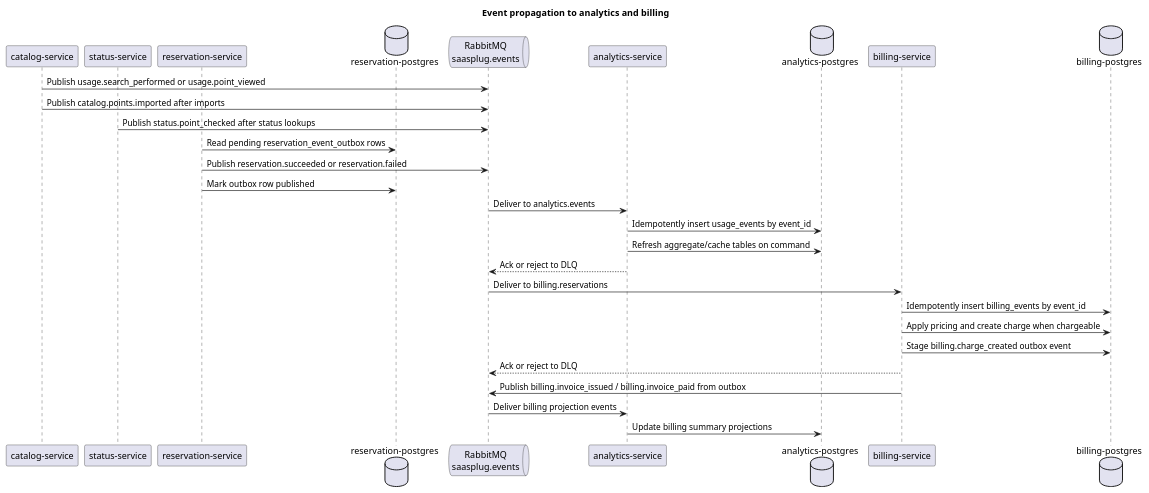
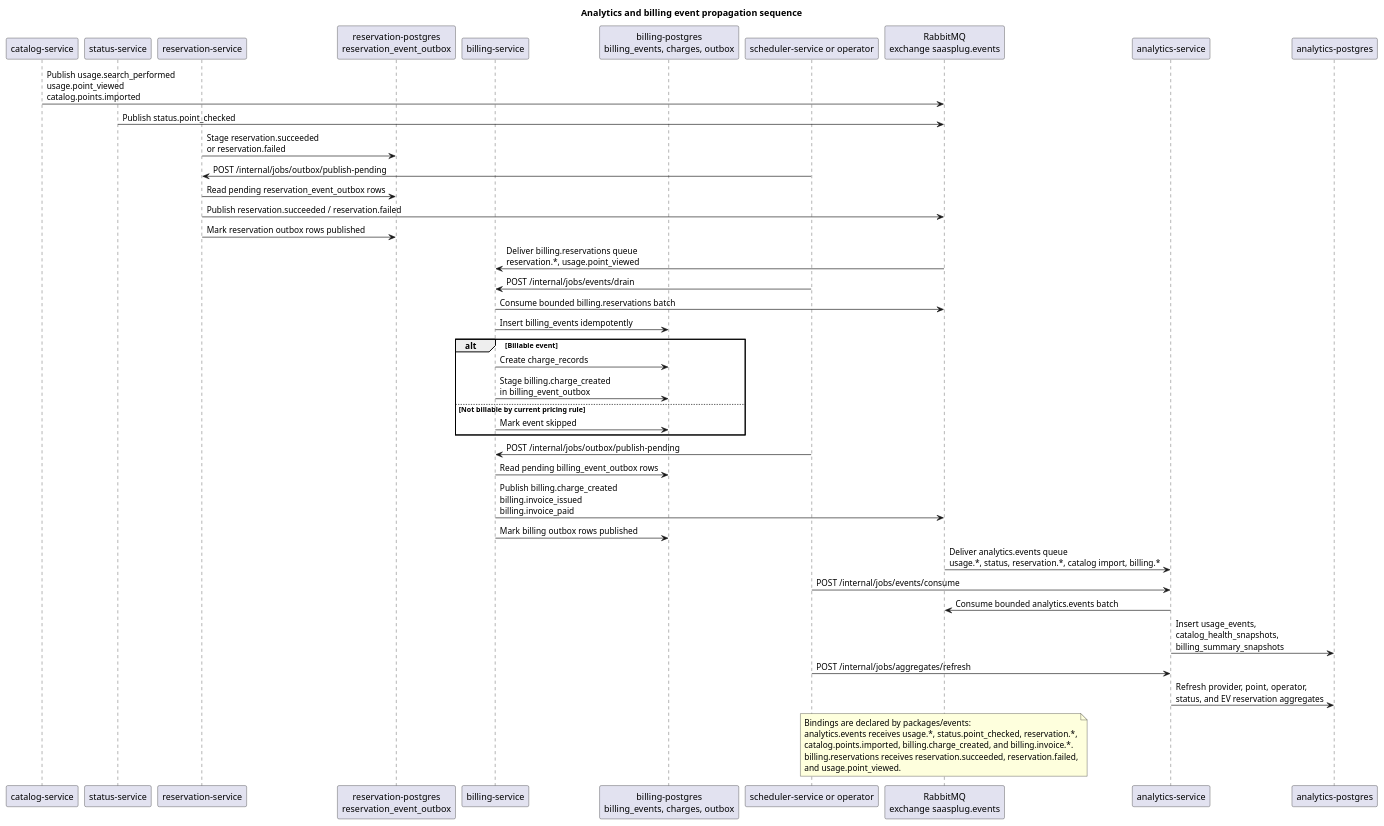
One commit to ntua-el21026/ntua-saasplug changed the diagram in docs/diagrams/final/sequence-analytics-billing-events.puml. Above: the diagram before and after it, drawn with PlantUML. The commit also changed 48 other files, not shown here.

Commit message:
Update diagrams and documentation

```diff
--- a/docs/diagrams/final/sequence-analytics-billing-events.puml
+++ b/docs/diagrams/final/sequence-analytics-billing-events.puml
@@ -1,37 +1,55 @@
 @startuml
-title Event propagation to analytics and billing
+title Analytics and billing event propagation sequence
+skinparam shadowing false
 
 participant "catalog-service" as Catalog
 participant "status-service" as Status
 participant "reservation-service" as Reservation
-database "reservation-postgres" as ReservationDb
-queue "RabbitMQ\nsaasplug.events" as RabbitMQ
+participant "reservation-postgres\nreservation_event_outbox" as ReservationDb
+participant "billing-service" as Billing
+participant "billing-postgres\nbilling_events, charges, outbox" as BillingDb
+participant "scheduler-service or operator" as Scheduler
+participant "RabbitMQ\nexchange saasplug.events" as Rabbit
 participant "analytics-service" as Analytics
-database "analytics-postgres" as AnalyticsDb
-participant "billing-service" as Billing
-database "billing-postgres" as BillingDb
+participant "analytics-postgres" as AnalyticsDb
 
-Catalog -> RabbitMQ : Publish usage.search_performed or usage.point_viewed
-Catalog -> RabbitMQ : Publish catalog.points.imported after imports
-Status -> RabbitMQ : Publish status.point_checked after status lookups
+Catalog -> Rabbit : Publish usage.search_performed\nusage.point_viewed\ncatalog.points.imported
+Status -> Rabbit : Publish status.point_checked
 
+Reservation -> ReservationDb : Stage reservation.succeeded\nor reservation.failed
+Scheduler -> Reservation : POST /internal/jobs/outbox/publish-pending
 Reservation -> ReservationDb : Read pending reservation_event_outbox rows
-Reservation -> RabbitMQ : Publish reservation.succeeded or reservation.failed
-Reservation -> ReservationDb : Mark outbox row published
+Reservation -> Rabbit : Publish reservation.succeeded / reservation.failed
+Reservation -> ReservationDb : Mark reservation outbox rows published
 
-RabbitMQ -> Analytics : Deliver to analytics.events
-Analytics -> AnalyticsDb : Idempotently insert usage_events by event_id
-Analytics -> AnalyticsDb : Refresh aggregate/cache tables on command
-Analytics --> RabbitMQ : Ack or reject to DLQ
+Rabbit -> Billing : Deliver billing.reservations queue\nreservation.*, usage.point_viewed
+Scheduler -> Billing : POST /internal/jobs/events/drain
+Billing -> Rabbit : Consume bounded billing.reservations batch
+Billing -> BillingDb : Insert billing_events idempotently
+alt Billable event
+  Billing -> BillingDb : Create charge_records
+  Billing -> BillingDb : Stage billing.charge_created\nin billing_event_outbox
+else Not billable by current pricing rule
+  Billing -> BillingDb : Mark event skipped
+end
 
-RabbitMQ -> Billing : Deliver to billing.reservations
-Billing -> BillingDb : Idempotently insert billing_events by event_id
-Billing -> BillingDb : Apply pricing and create charge when chargeable
-Billing -> BillingDb : Stage billing.charge_created outbox event
-Billing --> RabbitMQ : Ack or reject to DLQ
+Scheduler -> Billing : POST /internal/jobs/outbox/publish-pending
+Billing -> BillingDb : Read pending billing_event_outbox rows
+Billing -> Rabbit : Publish billing.charge_created\nbilling.invoice_issued\nbilling.invoice_paid
+Billing -> BillingDb : Mark billing outbox rows published
 
-Billing -> RabbitMQ : Publish billing.invoice_issued / billing.invoice_paid from outbox
-RabbitMQ -> Analytics : Deliver billing projection events
-Analytics -> AnalyticsDb : Update billing summary projections
+Rabbit -> Analytics : Deliver analytics.events queue\nusage.*, status, reservation.*, catalog import, billing.*
+Scheduler -> Analytics : POST /internal/jobs/events/consume
+Analytics -> Rabbit : Consume bounded analytics.events batch
+Analytics -> AnalyticsDb : Insert usage_events,\ncatalog_health_snapshots,\nbilling_summary_snapshots
+Scheduler -> Analytics : POST /internal/jobs/aggregates/refresh
+Analytics -> AnalyticsDb : Refresh provider, point, operator,\nstatus, and EV reservation aggregates
 
+note over Rabbit
+Bindings are declared by packages/events:
+analytics.events receives usage.*, status.point_checked, reservation.*,
+catalog.points.imported, billing.charge_created, and billing.invoice.*.
+billing.reservations receives reservation.succeeded, reservation.failed,
+and usage.point_viewed.
+end note
 @enduml
```
